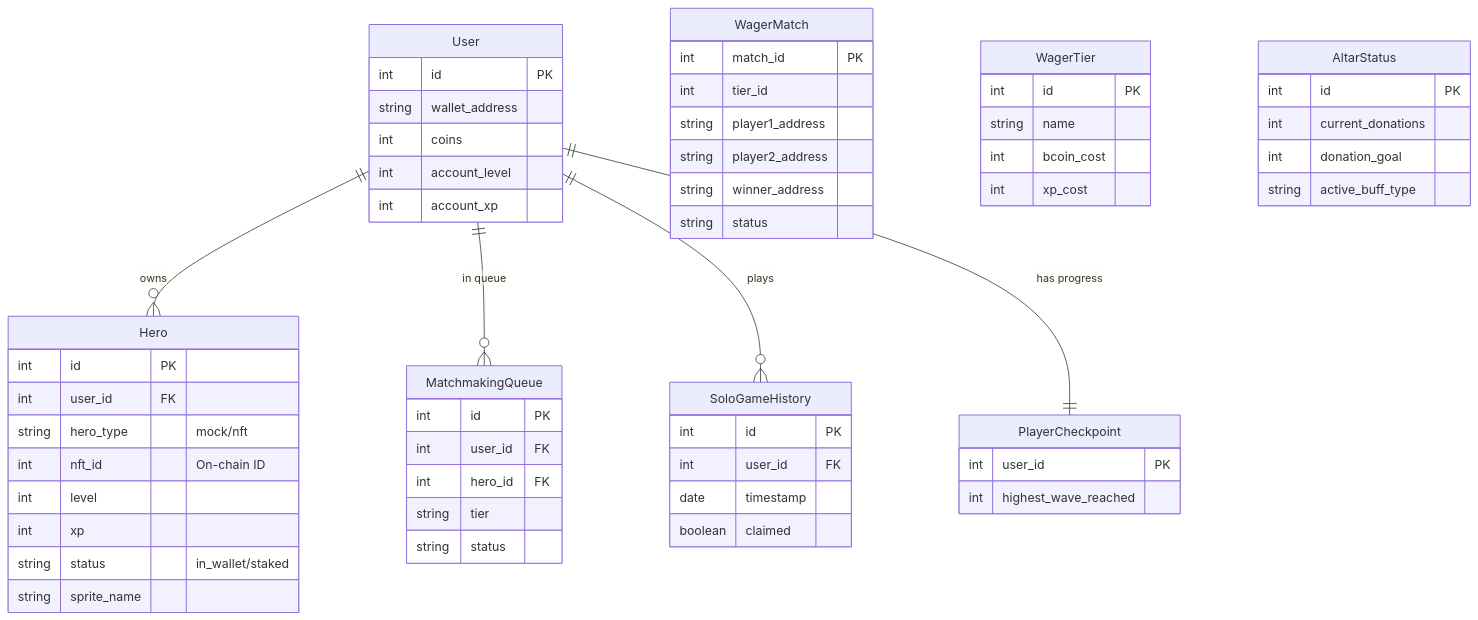
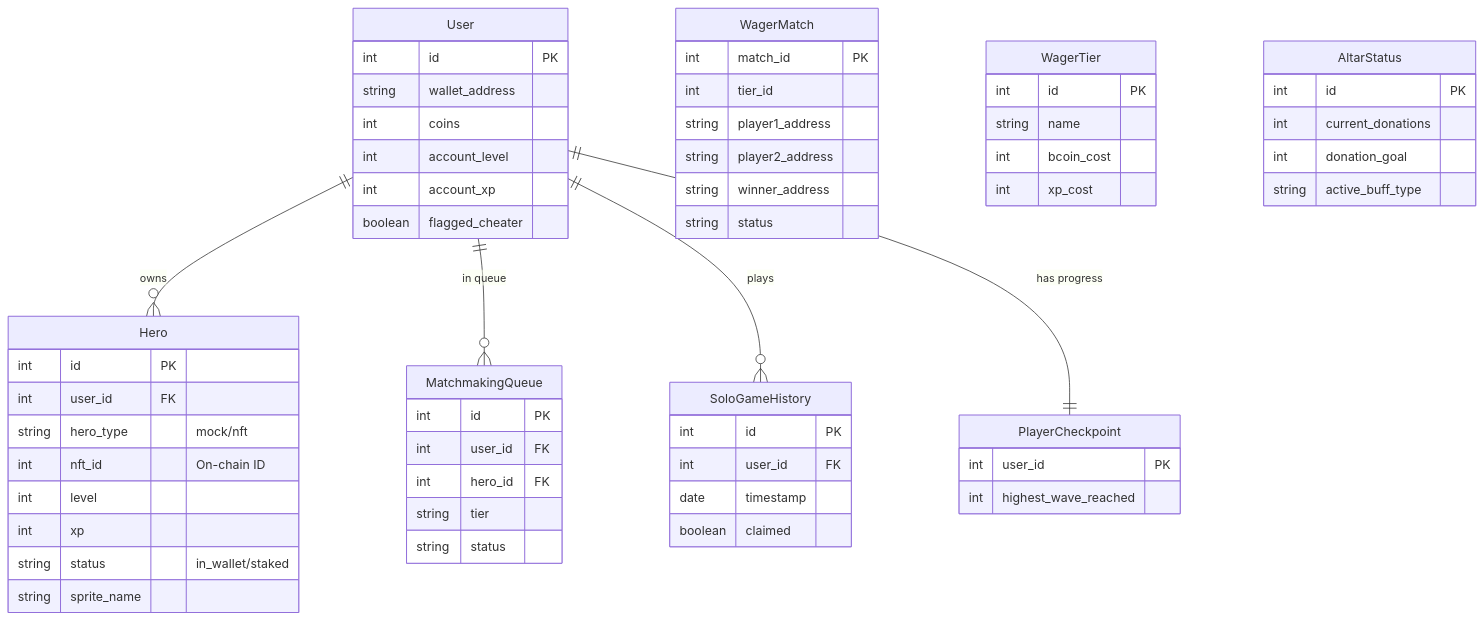
One commit to alanvito1/bomb_dash changed the third of 4 diagrams in docs/ARCHITECTURE.md. Above: the diagram before and after it, drawn with Mermaid. The commit also changed other lines of this file and 4 other files, not shown here.

First line of the commit message:
feat: migrate to hybrid architecture (vercel frontend + cloud run backend)

````diff
--- a/docs/ARCHITECTURE.md
+++ b/docs/ARCHITECTURE.md
@@ -52,69 +62,70 @@
 ```mermaid
 erDiagram
     User ||--o{ Hero : owns
     User ||--o{ MatchmakingQueue : "in queue"
     User ||--o{ SoloGameHistory : "plays"
     User ||--|| PlayerCheckpoint : "has progress"
 
     User {
         int id PK
         string wallet_address
         int coins
         int account_level
         int account_xp
+        boolean flagged_cheater
     }
 
     Hero {
         int id PK
         int user_id FK
         string hero_type "mock/nft"
         int nft_id "On-chain ID"
         int level
         int xp
         string status "in_wallet/staked"
         string sprite_name
     }
 
     MatchmakingQueue {
         int id PK
         int user_id FK
         int hero_id FK
         string tier
         string status
     }
 
     WagerMatch {
         int match_id PK
         int tier_id
         string player1_address
         string player2_address
         string winner_address
         string status
     }
 
     WagerTier {
         int id PK
         string name
         int bcoin_cost
         int xp_cost
     }
 
     SoloGameHistory {
         int id PK
         int user_id FK
         date timestamp
         boolean claimed
     }
 
     PlayerCheckpoint {
         int user_id PK
         int highest_wave_reached
     }
 
     AltarStatus {
         int id PK
         int current_donations
         int donation_goal
         string active_buff_type
     }
 ```
````
